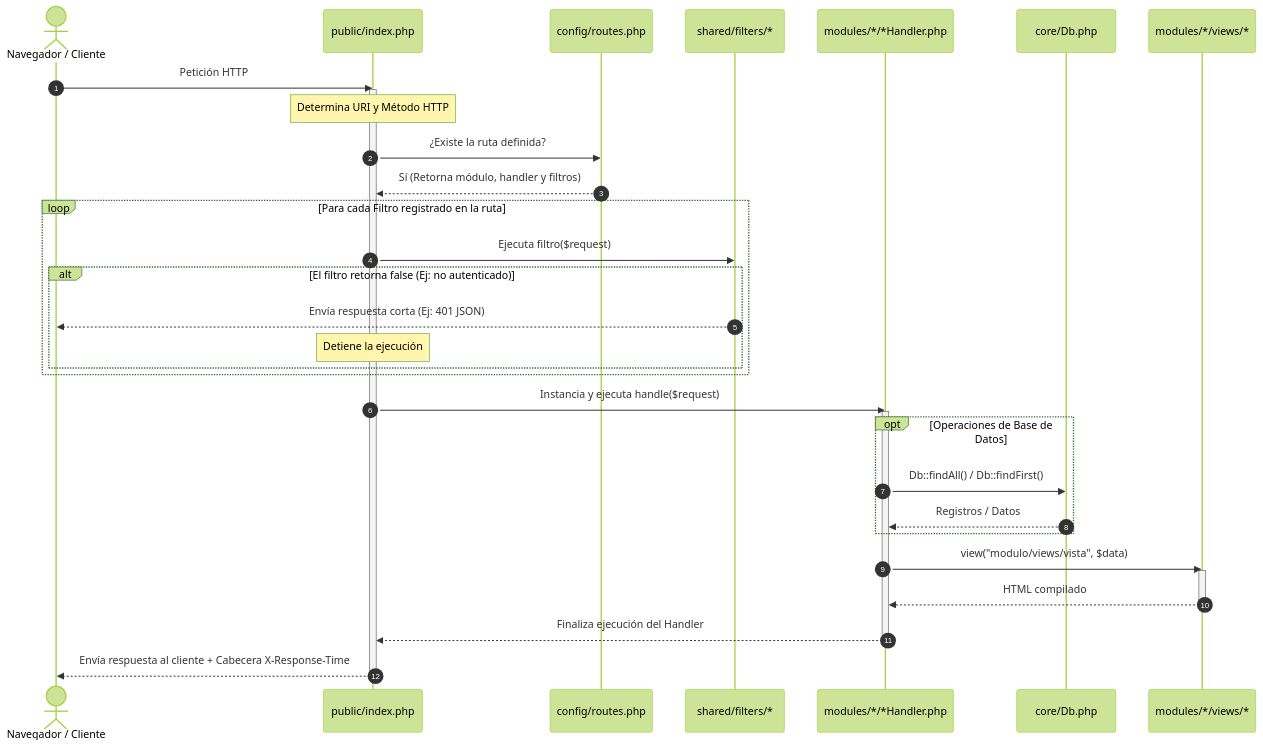
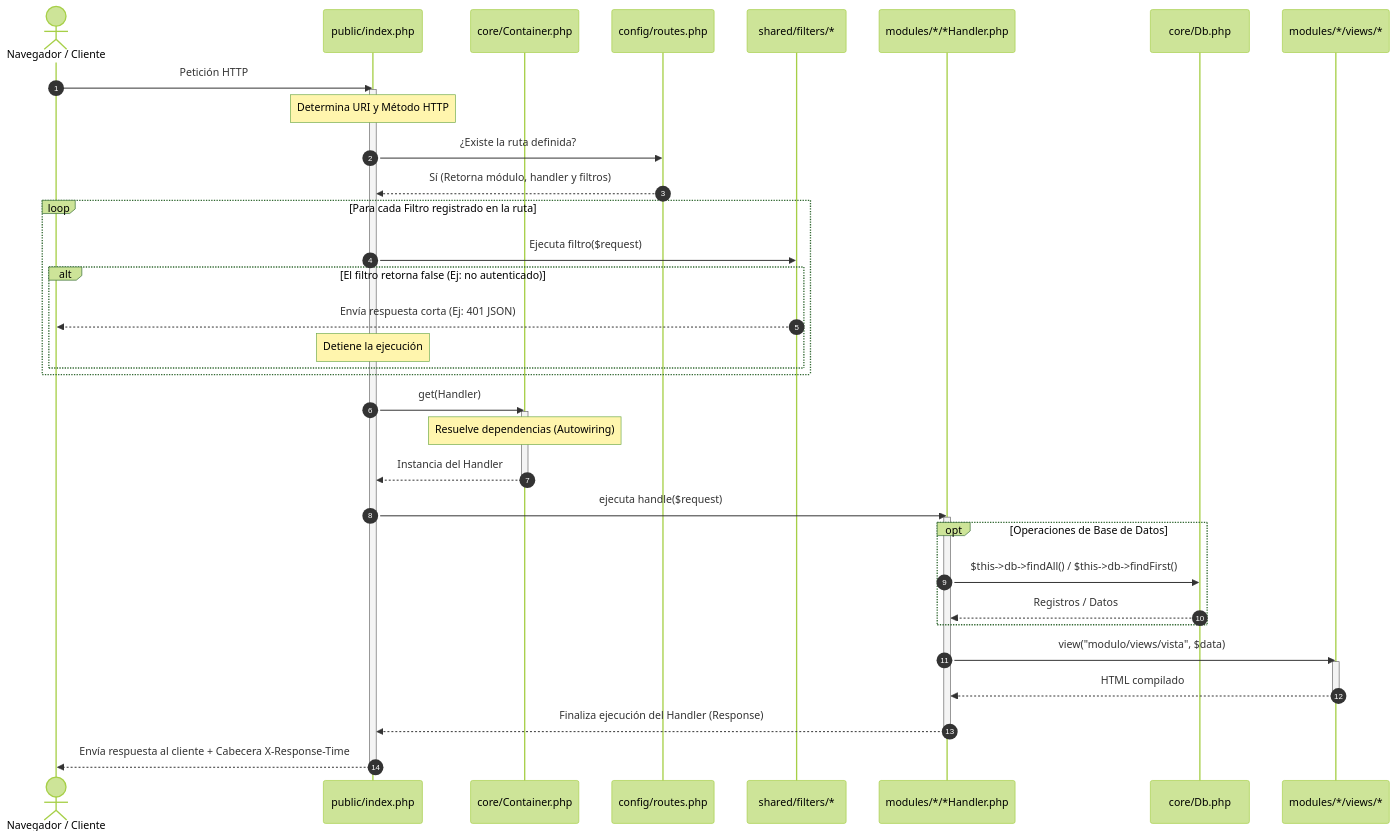
One commit to nelsonrojasn/wtf changed the diagram in README.md. Above: the diagram before and after it, drawn with Mermaid (forest theme). The commit also changed other lines of this file and 8 other files, not shown here.

Commit message:
feat: implement Dependency Injection container and define HandlerInterface for request processing

````diff
--- a/README.md
+++ b/README.md
@@ -102,44 +104,51 @@
 ```mermaid
 sequenceDiagram
     autonumber
     actor Cliente as Navegador / Cliente
     participant Index as public/index.php
+    participant Container as core/Container.php
     participant Routes as config/routes.php
     participant Filters as shared/filters/*
     participant Handler as modules/*/*Handler.php
     participant DB as core/Db.php
     participant View as modules/*/views/*
 
     Cliente->>Index: Petición HTTP
     activate Index
     Note over Index: Determina URI y Método HTTP
     Index->>Routes: ¿Existe la ruta definida?
     Routes-->>Index: Sí (Retorna módulo, handler y filtros)
     
     loop Para cada Filtro registrado en la ruta
         Index->>Filters: Ejecuta filtro($request)
         alt El filtro retorna false (Ej: no autenticado)
             Filters-->>Cliente: Envía respuesta corta (Ej: 401 JSON)
             Note over Index: Detiene la ejecución
         end
     end
     
-    Index->>Handler: Instancia y ejecuta handle($request)
+    Index->>Container: get(Handler)
+    activate Container
+    Note over Container: Resuelve dependencias (Autowiring)
+    Container-->>Index: Instancia del Handler
+    deactivate Container
+    
+    Index->>Handler: ejecuta handle($request)
     activate Handler
     
     opt Operaciones de Base de Datos
-        Handler->>DB: Db::findAll() / Db::findFirst()
+        Handler->>DB: $this->db->findAll() / $this->db->findFirst()
         DB-->>Handler: Registros / Datos
     end
     
     Handler->>View: view("modulo/views/vista", $data)
     activate View
     View-->>Handler: HTML compilado
     deactivate View
     
-    Handler-->>Index: Finaliza ejecución del Handler
+    Handler-->>Index: Finaliza ejecución del Handler (Response)
     deactivate Handler
     
     Index-->>Cliente: Envía respuesta al cliente + Cabecera X-Response-Time
     deactivate Index
 ```
````
